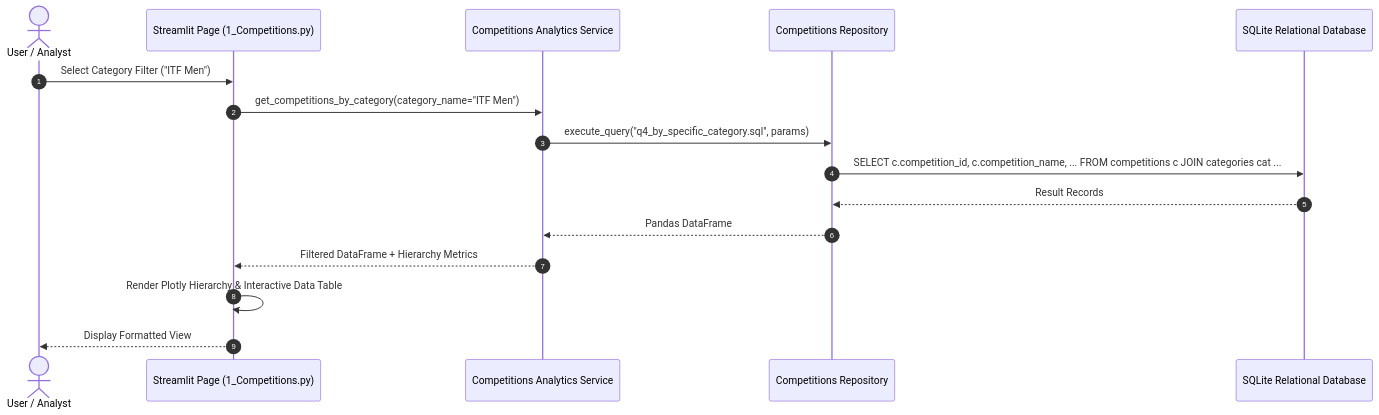
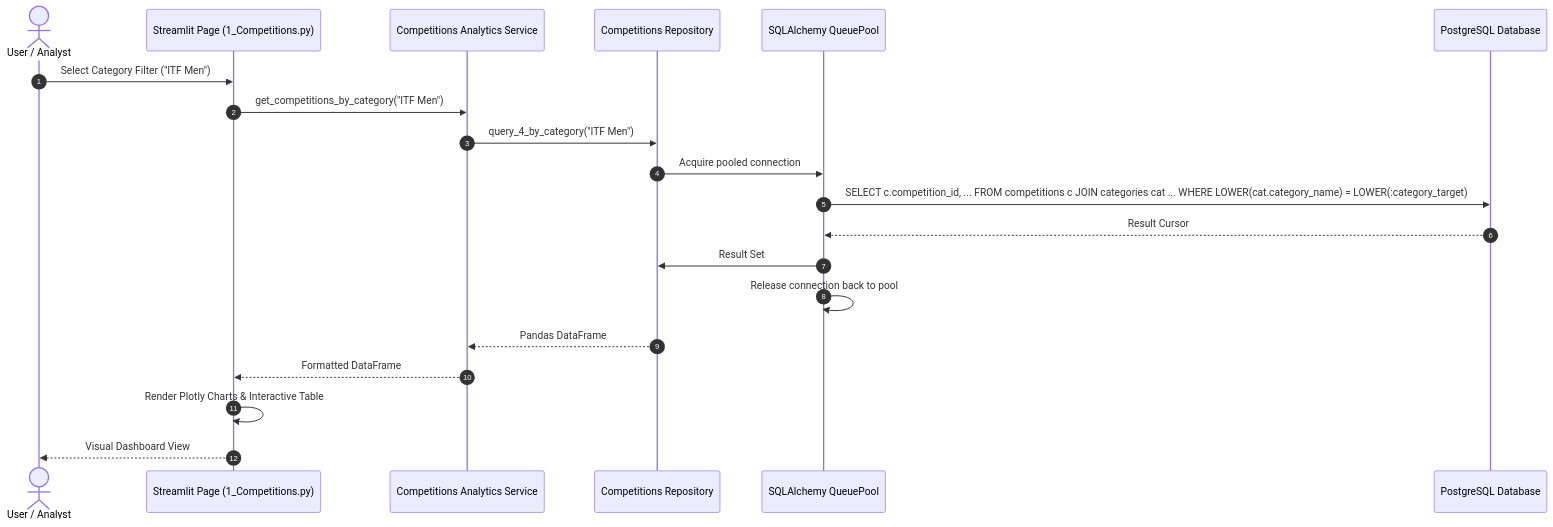
The third of 3 diagrams in docs/ARCHITECTURE.md (Devansh54/CourtIQ), drawn with Mermaid before and after one commit. The commit also changed other lines of this file and 34 other files, not shown here.

First line of the commit message:
feat(db): migrate CourtIQ to PostgreSQL 18 with scalable database infrastructure (#1)

````diff
--- a/docs/ARCHITECTURE.md
+++ b/docs/ARCHITECTURE.md
@@ -141,19 +150,23 @@
 ```mermaid
 sequenceDiagram
     autonumber
     actor User as User / Analyst
     participant UI as Streamlit Page (1_Competitions.py)
     participant Analytics as Competitions Analytics Service
     participant Repo as Competitions Repository
-    participant DB as SQLite Relational Database
+    participant Pool as SQLAlchemy QueuePool
+    participant PG as PostgreSQL Database
 
     User->>UI: Select Category Filter ("ITF Men")
-    UI->>Analytics: get_competitions_by_category(category_name="ITF Men")
-    Analytics->>Repo: execute_query("q4_by_specific_category.sql", params)
-    Repo->>DB: SELECT c.competition_id, c.competition_name, ... FROM competitions c JOIN categories cat ...
-    DB-->>Repo: Result Records
+    UI->>Analytics: get_competitions_by_category("ITF Men")
+    Analytics->>Repo: query_4_by_category("ITF Men")
+    Repo->>Pool: Acquire pooled connection
+    Pool->>PG: SELECT c.competition_id, ... FROM competitions c JOIN categories cat ... WHERE LOWER(cat.category_name) = LOWER(:category_target)
+    PG-->>Pool: Result Cursor
+    Pool->>Repo: Result Set
+    Pool->>Pool: Release connection back to pool
     Repo-->>Analytics: Pandas DataFrame
-    Analytics-->>UI: Filtered DataFrame + Hierarchy Metrics
-    UI->>UI: Render Plotly Hierarchy & Interactive Data Table
-    UI-->>User: Display Formatted View
+    Analytics-->>UI: Formatted DataFrame
+    UI->>UI: Render Plotly Charts & Interactive Table
+    UI-->>User: Visual Dashboard View
 ```
````
